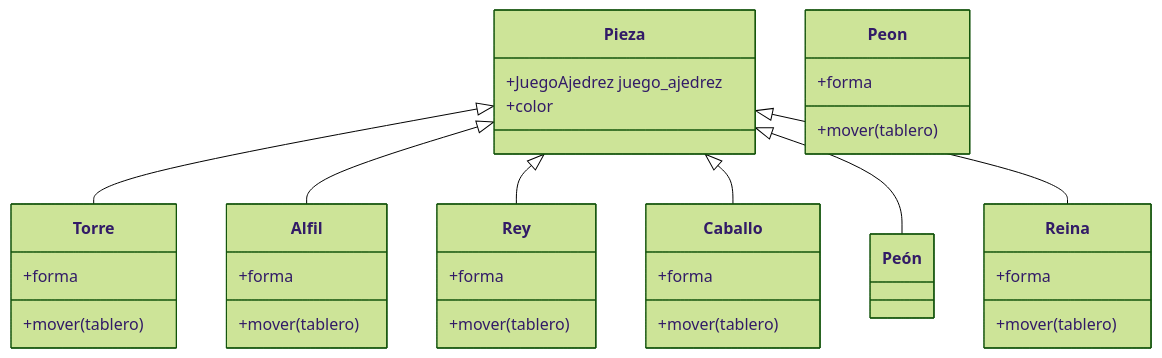
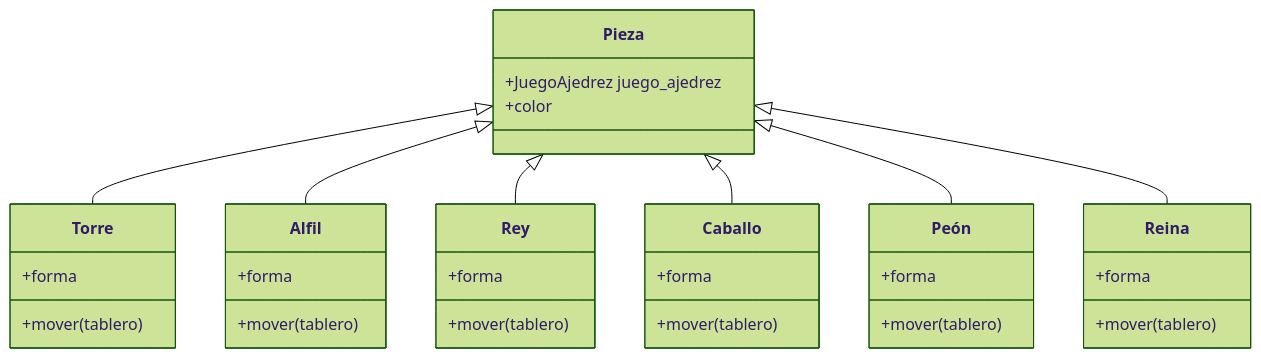
Before and after one commit to fegonzalez7/poo_unal_clase5: the third of 3 diagrams in README.md, drawn with Mermaid (forest theme). The commit also changed other lines of this file, not shown here.

````diff
--- a/README.md
+++ b/README.md
@@ -124,37 +124,37 @@
 ```mermaid
 classDiagram
     Pieza <|-- Torre
     Pieza <|-- Alfil
     Pieza <|-- Rey
     Pieza <|-- Caballo
     Pieza <|-- Peón
     Pieza <|-- Reina
     class Pieza{
       +JuegoAjedrez juego_ajedrez
       +color
     }
     class Torre{
       +forma
       +mover(tablero)
     }
     class Alfil{
       +forma
       +mover(tablero)
     }
     class Rey{
       +forma
       +mover(tablero)
     }
     class Caballo{
       +forma
       +mover(tablero)
     }
-    class Peon{
+    class Peón{
       +forma
       +mover(tablero)
     }
     class Reina{
       +forma
       +mover(tablero)
     }
 ```
````
